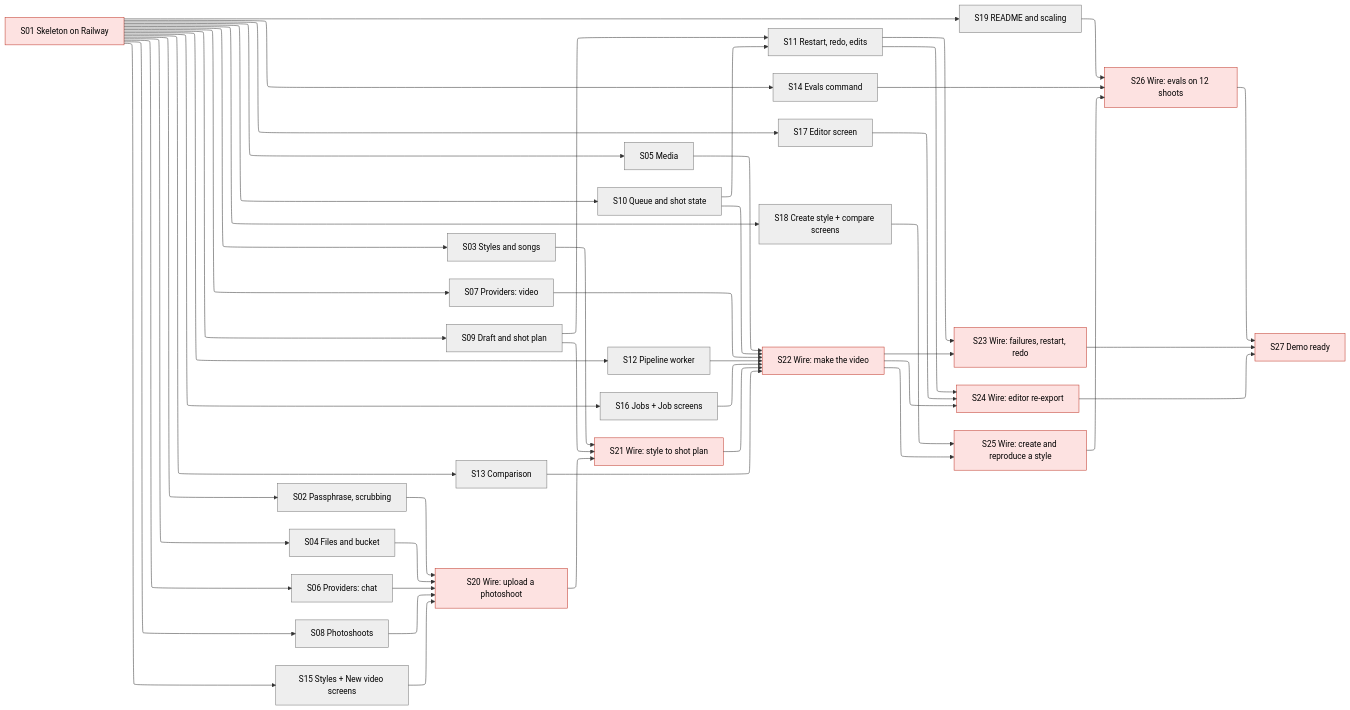
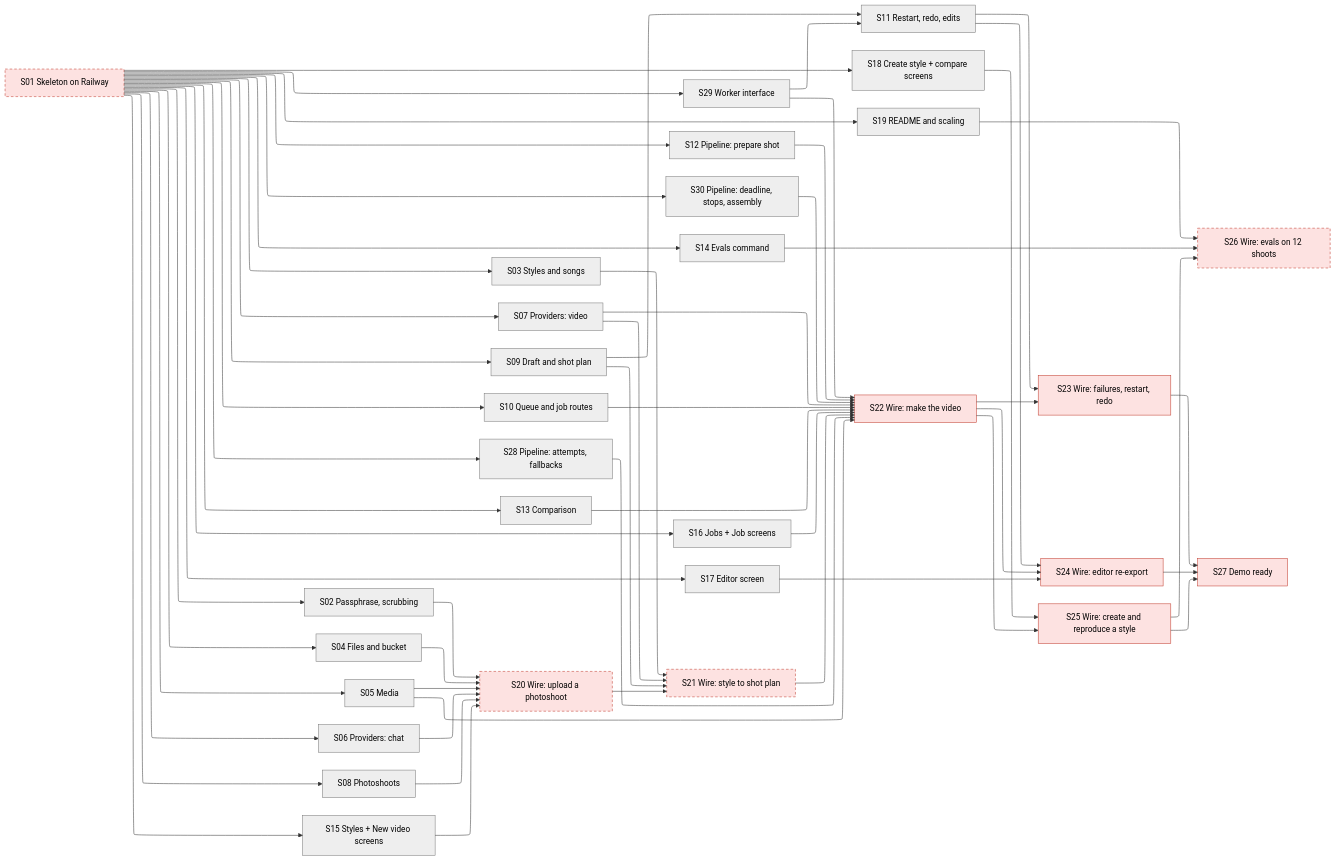
The diagram in docs/stories/INDEX.md (ThinkBuildMake/autohdr-photo-to-video), drawn with Mermaid before and after one commit. The commit also changed other lines of this file and 31 other files, not shown here.

````diff
--- a/docs/stories/INDEX.md
+++ b/docs/stories/INDEX.md
@@ -3,54 +3,58 @@
 ```mermaid
 ---
 config:
   layout: elk
   flowchart:
     nodeSpacing: 40
     rankSpacing: 60
 ---
 flowchart LR
     S01["S01 Skeleton on Railway"]
     S02["S02 Passphrase, scrubbing"]
     S03["S03 Styles and songs"]
     S04["S04 Files and bucket"]
     S05["S05 Media"]
     S06["S06 Providers: chat"]
     S07["S07 Providers: video"]
     S08["S08 Photoshoots"]
     S09["S09 Draft and shot plan"]
-    S10["S10 Queue and shot state"]
+    S10["S10 Queue and job routes"]
+    S29["S29 Worker interface"]
     S11["S11 Restart, redo, edits"]
-    S12["S12 Pipeline worker"]
+    S12["S12 Pipeline: prepare shot"]
+    S28["S28 Pipeline: attempts, fallbacks"]
+    S30["S30 Pipeline: deadline, stops, assembly"]
     S13["S13 Comparison"]
     S14["S14 Evals command"]
     S15["S15 Styles + New video screens"]
     S16["S16 Jobs + Job screens"]
     S17["S17 Editor screen"]
     S18["S18 Create style + compare screens"]
     S19["S19 README and scaling"]
     S20["S20 Wire: upload a photoshoot"]
     S21["S21 Wire: style to shot plan"]
     S22["S22 Wire: make the video"]
     S23["S23 Wire: failures, restart, redo"]
     S24["S24 Wire: editor re-export"]
     S25["S25 Wire: create and reproduce a style"]
     S26["S26 Wire: evals on 12 shoots"]
     S27["S27 Demo ready"]
 
-    S01 --> S02 & S03 & S04 & S05 & S06 & S07 & S08 & S09 & S10 & S12 & S13 & S14 & S15 & S16 & S17 & S18 & S19
-    S09 --> S11
-    S10 --> S11
-    S02 & S04 & S06 & S08 & S15 --> S20
-    S03 & S09 & S20 --> S21
-    S05 & S07 & S10 & S12 & S13 & S16 & S21 --> S22
+    S01 --> S02 & S03 & S04 & S05 & S06 & S07 & S08 & S09 & S10 & S12 & S13 & S14 & S15 & S16 & S17 & S18 & S19 & S28 & S29 & S30
+    S09 & S29 --> S11
+    S02 & S04 & S05 & S06 & S08 & S15 --> S20
+    S03 & S07 & S09 & S20 --> S21
+    S05 & S07 & S10 & S12 & S13 & S16 & S21 & S28 & S29 & S30 --> S22
     S11 & S22 --> S23
     S11 & S17 & S22 --> S24
     S18 & S22 --> S25
     S14 & S19 & S25 --> S26
-    S23 & S24 & S26 --> S27
+    S23 & S24 & S25 --> S27
 
     classDef demo fill:#fde2e1,stroke:#c0392b,color:#000
     classDef module fill:#eeeeee,stroke:#777,color:#000
+    classDef held stroke-dasharray:5 4
     class S01,S20,S21,S22,S23,S24,S25,S26,S27 demo
-    class S02,S03,S04,S05,S06,S07,S08,S09,S10,S11,S12,S13,S14,S15,S16,S17,S18,S19 module
+    class S02,S03,S04,S05,S06,S07,S08,S09,S10,S11,S12,S13,S14,S15,S16,S17,S18,S19,S28,S29,S30 module
+    class S01,S20,S21,S26 held
 ```
````
